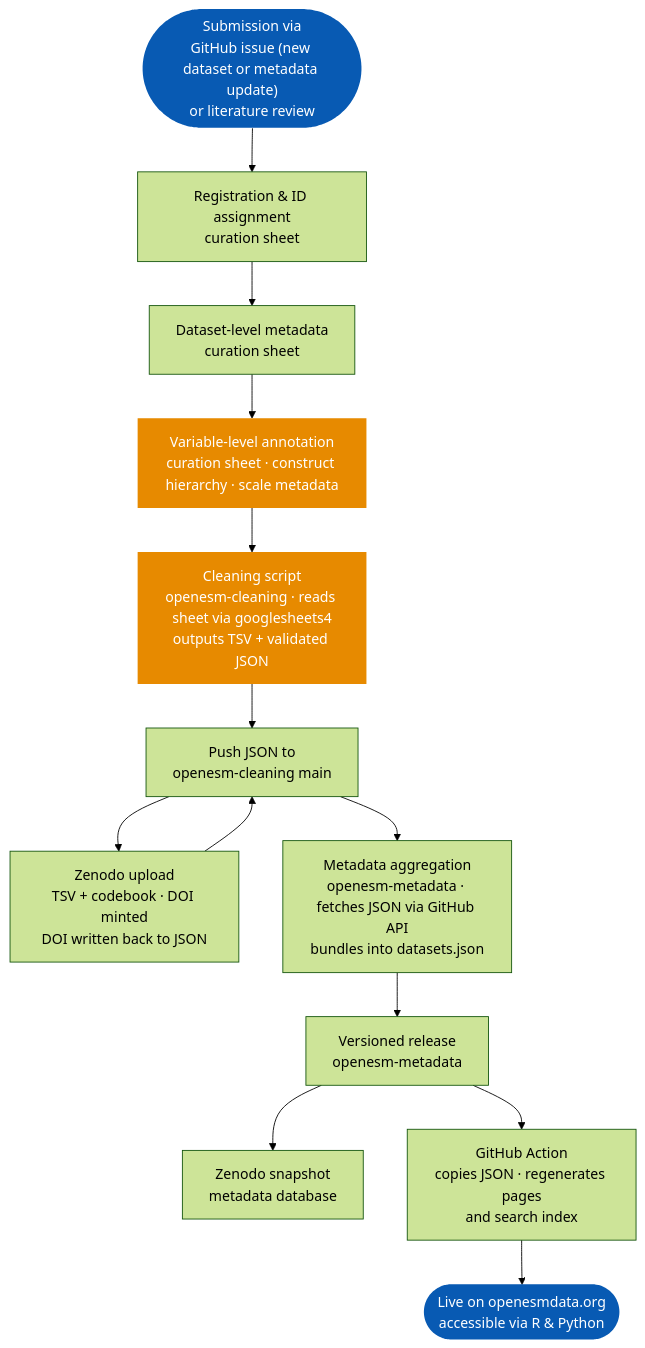
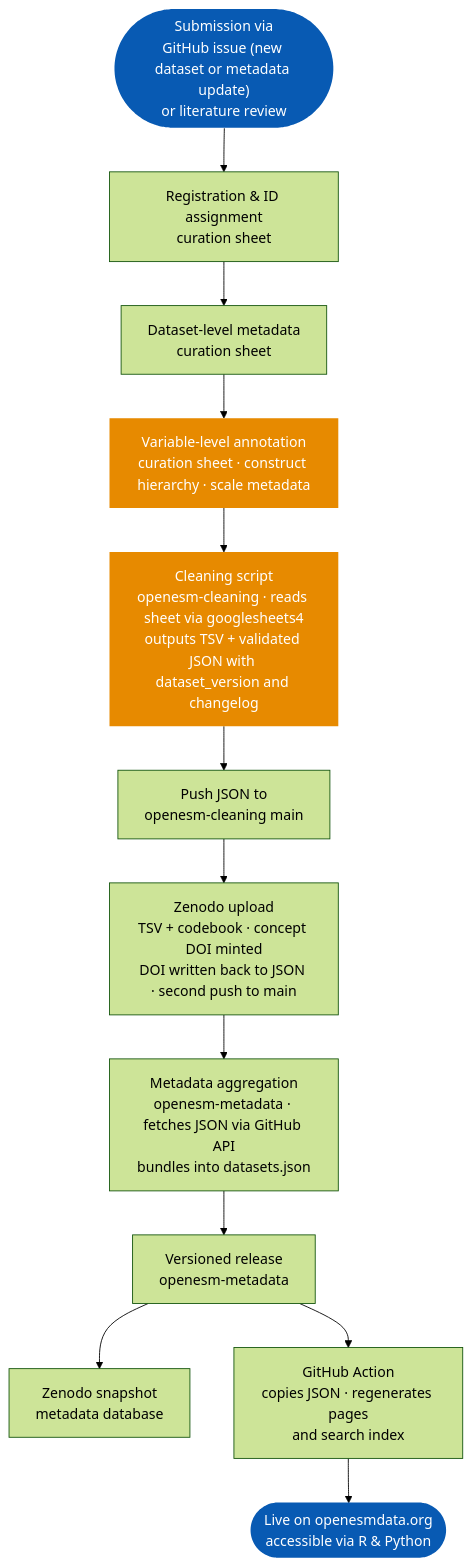
One commit to openesm-project/openesm changed the diagram in website/content/docs/journey/_index.md. Above: the diagram before and after it, drawn with Mermaid (forest theme). The commit also changed other lines of this file, not shown here.

Commit message:
update data journey documentation with dataset_version and changelog details

````diff
--- a/website/content/docs/journey/_index.md
+++ b/website/content/docs/journey/_index.md
@@ -79,20 +91,19 @@
 ```mermaid
 flowchart TD
     A(["Submission via\nGitHub issue (new dataset or metadata update)\nor literature review"]) --> B[Registration & ID assignment\ncuration sheet]
     B --> C[Dataset-level metadata\ncuration sheet]
     C --> D[Variable-level annotation\ncuration sheet · construct hierarchy · scale metadata]
-    D --> E[Cleaning script\nopenesm-cleaning · reads sheet via googlesheets4\noutputs TSV + validated JSON]
+    D --> E[Cleaning script\nopenesm-cleaning · reads sheet via googlesheets4\noutputs TSV + validated JSON with dataset_version and changelog]
     E --> F[Push JSON to\nopenesm-cleaning main]
-    F --> G[Zenodo upload\nTSV + codebook · DOI minted\nDOI written back to JSON]
-    G --> F
-    F --> H[Metadata aggregation\nopenesm-metadata · fetches JSON via GitHub API\nbundles into datasets.json]
+    F --> G[Zenodo upload\nTSV + codebook · concept DOI minted\nDOI written back to JSON · second push to main]
+    G --> H[Metadata aggregation\nopenesm-metadata · fetches JSON via GitHub API\nbundles into datasets.json]
     H --> I[Versioned release\nopenesm-metadata]
     I --> J[Zenodo snapshot\nmetadata database]
     I --> K[GitHub Action\ncopies JSON · regenerates pages\nand search index]
     K --> L([Live on openesmdata.org\naccessible via R & Python])
 
     style A fill:#085AB3,color:#fff,stroke:none
     style L fill:#085AB3,color:#fff,stroke:none
     style E fill:#E78A00,color:#fff,stroke:none
     style D fill:#E78A00,color:#fff,stroke:none
 ```
````
